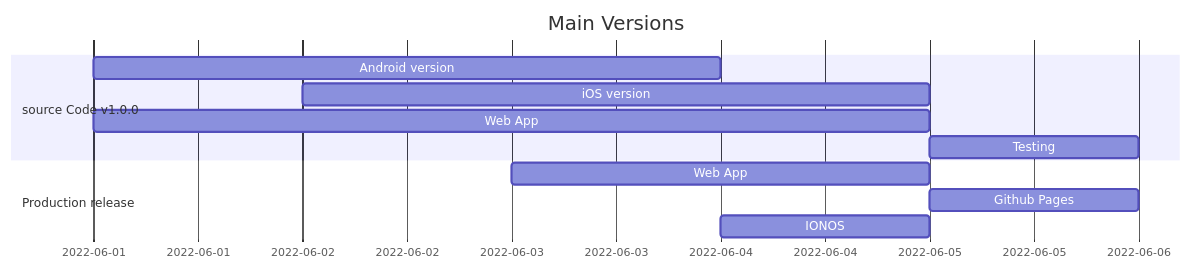
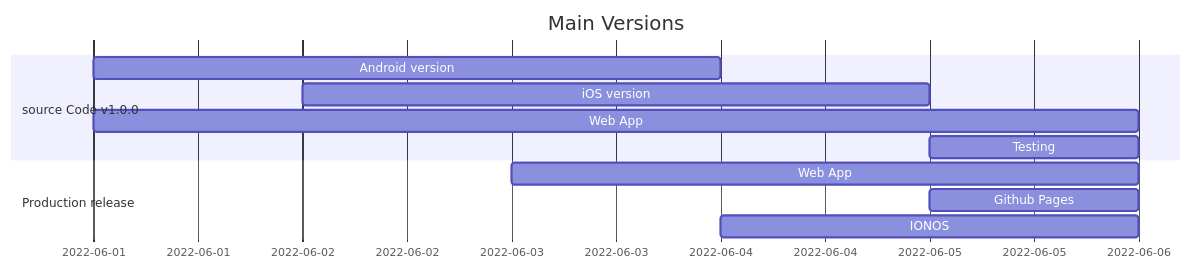
The diagram in README.md (ThomasByr/galapsbs), drawn with Mermaid before and after one commit. The commit also changed other lines of this file, not shown here.

Commit message:
latest version of README file

````diff
--- a/README.md
+++ b/README.md
@@ -96,17 +96,17 @@
 ```mermaid
 gantt
     title Main Versions
     dateFormat YYYY-MM-DD
 
     section source Code v1.0.0
     Android version : 2022-06-01, 3d
     iOS version     : 2022-06-02, 3d
-    Web App         : 2022-06-01, 4d
+    Web App         : 2022-06-01, 5d
     Testing         : 2022-06-05, 1d
 
     section Production release
-    Web App      : 2022-06-03, 2d
-    Github Pages : 1d
-    IONOS        : 2022-06-04, 1d
+    Web App      : 2022-06-03, 3d
+    Github Pages : 2022-06-05, 1d
+    IONOS        : 2022-06-04, 2d
 
 ```
````
